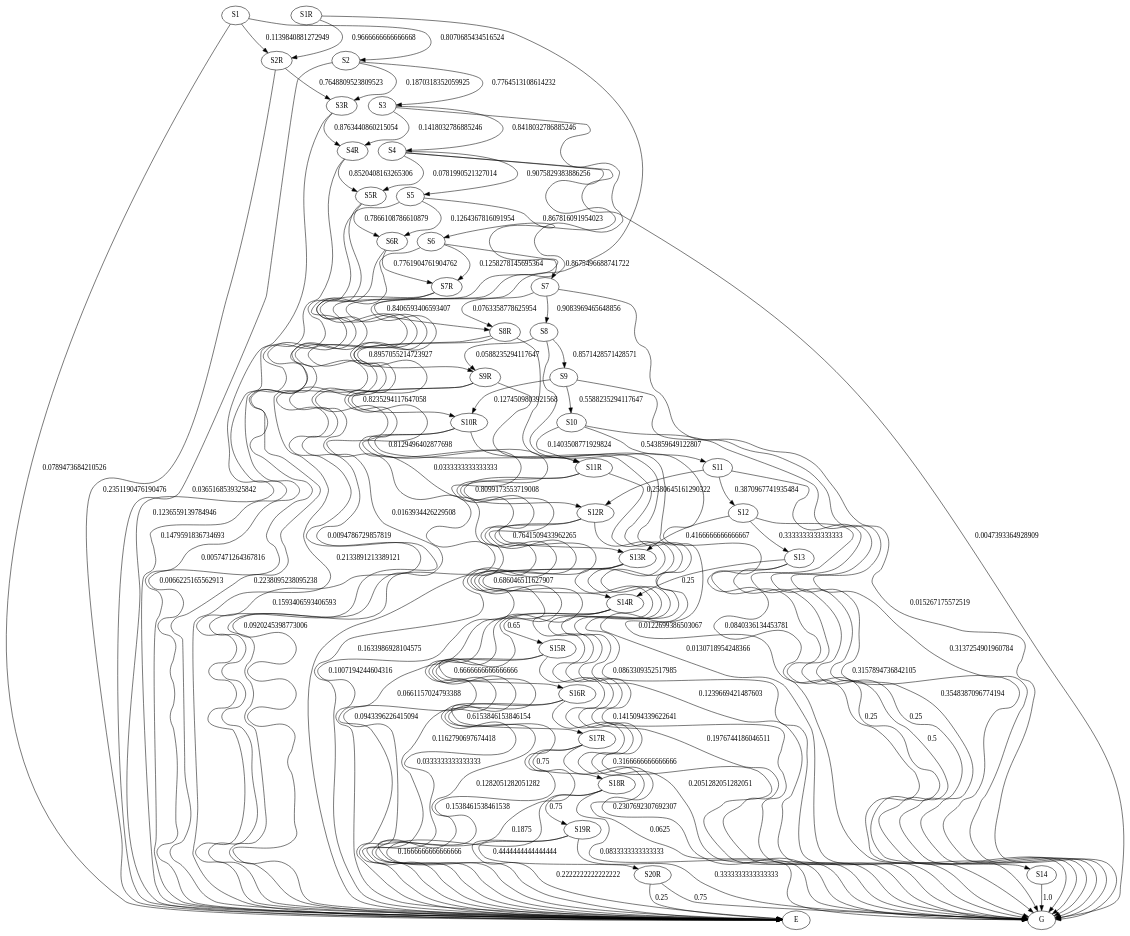
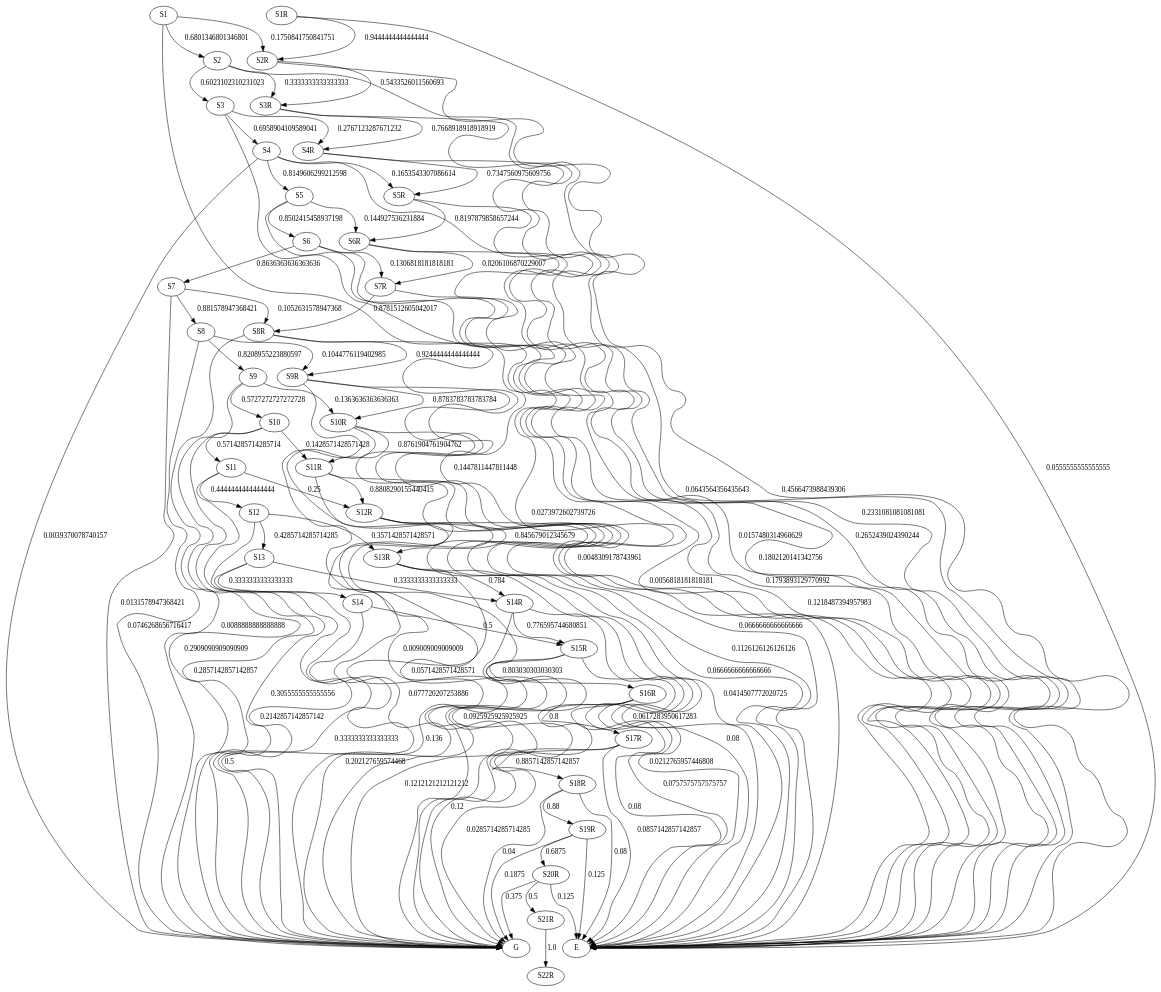
One commit to JulianaFerreira/educacao changed the diagram in graph/markov.dot. Above: the diagram before and after it, drawn with Graphviz. The commit also changed 4 other files, not shown here.

```diff
--- a/graph/markov.dot
+++ b/graph/markov.dot
@@ -33,99 +33,104 @@
 S18R;
 S19R;
 S20R;
+S21R;
+S22R;
 E;
 G;
-S1 -> S2  [key=0, label="0.8070685434516524", weight="0.8070685434516524"];
-S1 -> S2R  [key=0, label="0.1139840881272949", weight="0.1139840881272949"];
-S1 -> E  [key=0, label="0.0789473684210526", weight="0.0789473684210526"];
-S2 -> S3  [key=0, label="0.7764513108614232", weight="0.7764513108614232"];
-S2 -> S3R  [key=0, label="0.1870318352059925", weight="0.1870318352059925"];
-S2 -> E  [key=0, label="0.0365168539325842", weight="0.0365168539325842"];
-S3 -> S4  [key=0, label="0.8418032786885246", weight="0.8418032786885246"];
-S3 -> S4R  [key=0, label="0.1418032786885246", weight="0.1418032786885246"];
-S3 -> E  [key=0, label="0.0163934426229508", weight="0.0163934426229508"];
-S4 -> S5  [key=0, label="0.9075829383886256", weight="0.9075829383886256"];
-S4 -> S5R  [key=0, label="0.0781990521327014", weight="0.0781990521327014"];
-S4 -> E  [key=0, label="0.0094786729857819", weight="0.0094786729857819"];
-S4 -> G  [key=0, label="0.0047393364928909", weight="0.0047393364928909"];
-S5 -> S6  [key=0, label="0.867816091954023", weight="0.867816091954023"];
-S5 -> S6R  [key=0, label="0.1264367816091954", weight="0.1264367816091954"];
-S5 -> E  [key=0, label="0.0057471264367816", weight="0.0057471264367816"];
-S6 -> S7  [key=0, label="0.8675496688741722", weight="0.8675496688741722"];
-S6 -> S7R  [key=0, label="0.1258278145695364", weight="0.1258278145695364"];
-S6 -> E  [key=0, label="0.0066225165562913", weight="0.0066225165562913"];
-S7 -> S8  [key=0, label="0.9083969465648856", weight="0.9083969465648856"];
-S7 -> S8R  [key=0, label="0.0763358778625954", weight="0.0763358778625954"];
-S7 -> G  [key=0, label="0.015267175572519", weight="0.015267175572519"];
-S8 -> S9  [key=0, label="0.8571428571428571", weight="0.8571428571428571"];
-S8 -> S9R  [key=0, label="0.0588235294117647", weight="0.0588235294117647"];
-S8 -> G  [key=0, label="0.0840336134453781", weight="0.0840336134453781"];
-S9 -> S10  [key=0, label="0.5588235294117647", weight="0.5588235294117647"];
-S9 -> S10R  [key=0, label="0.1274509803921568", weight="0.1274509803921568"];
-S9 -> G  [key=0, label="0.3137254901960784", weight="0.3137254901960784"];
-S10 -> S11  [key=0, label="0.543859649122807", weight="0.543859649122807"];
-S10 -> S11R  [key=0, label="0.1403508771929824", weight="0.1403508771929824"];
-S10 -> G  [key=0, label="0.3157894736842105", weight="0.3157894736842105"];
-S11 -> S12  [key=0, label="0.3870967741935484", weight="0.3870967741935484"];
-S11 -> S12R  [key=0, label="0.2580645161290322", weight="0.2580645161290322"];
-S11 -> G  [key=0, label="0.3548387096774194", weight="0.3548387096774194"];
-S12 -> S13  [key=0, label="0.3333333333333333", weight="0.3333333333333333"];
-S12 -> S13R  [key=0, label="0.4166666666666667", weight="0.4166666666666667"];
-S12 -> G  [key=0, label="0.25", weight="0.25"];
-S13 -> S14  [key=0, label="0.25", weight="0.25"];
-S13 -> S14R  [key=0, label="0.25", weight="0.25"];
-S13 -> G  [key=0, label="0.5", weight="0.5"];
-S14 -> G  [key=0, label="1.0", weight="1.0"];
-S2R -> S3R  [key=0, label="0.7648809523809523", weight="0.7648809523809523"];
-S2R -> E  [key=0, label="0.2351190476190476", weight="0.2351190476190476"];
-S1R -> S2R  [key=0, label="0.9666666666666668", weight="0.9666666666666668"];
-S1R -> E  [key=0, label="0.0333333333333333", weight="0.0333333333333333"];
-S3R -> S4R  [key=0, label="0.8763440860215054", weight="0.8763440860215054"];
-S3R -> E  [key=0, label="0.1236559139784946", weight="0.1236559139784946"];
-S4R -> S5R  [key=0, label="0.8520408163265306", weight="0.8520408163265306"];
-S4R -> E  [key=0, label="0.1479591836734693", weight="0.1479591836734693"];
-S5R -> S6R  [key=0, label="0.7866108786610879", weight="0.7866108786610879"];
-S5R -> E  [key=0, label="0.2133891213389121", weight="0.2133891213389121"];
-S6R -> S7R  [key=0, label="0.7761904761904762", weight="0.7761904761904762"];
-S6R -> E  [key=0, label="0.2238095238095238", weight="0.2238095238095238"];
-S7R -> S8R  [key=0, label="0.8406593406593407", weight="0.8406593406593407"];
-S7R -> E  [key=0, label="0.1593406593406593", weight="0.1593406593406593"];
-S8R -> S9R  [key=0, label="0.8957055214723927", weight="0.8957055214723927"];
-S8R -> E  [key=0, label="0.0920245398773006", weight="0.0920245398773006"];
-S8R -> G  [key=0, label="0.0122699386503067", weight="0.0122699386503067"];
-S9R -> S10R  [key=0, label="0.8235294117647058", weight="0.8235294117647058"];
-S9R -> E  [key=0, label="0.1633986928104575", weight="0.1633986928104575"];
-S9R -> G  [key=0, label="0.0130718954248366", weight="0.0130718954248366"];
-S10R -> S11R  [key=0, label="0.8129496402877698", weight="0.8129496402877698"];
-S10R -> E  [key=0, label="0.1007194244604316", weight="0.1007194244604316"];
-S10R -> G  [key=0, label="0.0863309352517985", weight="0.0863309352517985"];
-S11R -> S12R  [key=0, label="0.8099173553719008", weight="0.8099173553719008"];
-S11R -> E  [key=0, label="0.0661157024793388", weight="0.0661157024793388"];
-S11R -> G  [key=0, label="0.1239669421487603", weight="0.1239669421487603"];
-S12R -> S13R  [key=0, label="0.7641509433962265", weight="0.7641509433962265"];
-S12R -> E  [key=0, label="0.0943396226415094", weight="0.0943396226415094"];
-S12R -> G  [key=0, label="0.1415094339622641", weight="0.1415094339622641"];
-S13R -> S14R  [key=0, label="0.686046511627907", weight="0.686046511627907"];
-S13R -> E  [key=0, label="0.1162790697674418", weight="0.1162790697674418"];
-S13R -> G  [key=0, label="0.1976744186046511", weight="0.1976744186046511"];
-S14R -> S15R  [key=0, label="0.65", weight="0.65"];
-S14R -> E  [key=0, label="0.0333333333333333", weight="0.0333333333333333"];
-S14R -> G  [key=0, label="0.3166666666666666", weight="0.3166666666666666"];
-S15R -> S16R  [key=0, label="0.6666666666666666", weight="0.6666666666666666"];
-S15R -> E  [key=0, label="0.1282051282051282", weight="0.1282051282051282"];
-S15R -> G  [key=0, label="0.2051282051282051", weight="0.2051282051282051"];
-S16R -> S17R  [key=0, label="0.6153846153846154", weight="0.6153846153846154"];
-S16R -> E  [key=0, label="0.1538461538461538", weight="0.1538461538461538"];
-S16R -> G  [key=0, label="0.2307692307692307", weight="0.2307692307692307"];
-S17R -> S18R  [key=0, label="0.75", weight="0.75"];
-S17R -> E  [key=0, label="0.1875", weight="0.1875"];
-S17R -> G  [key=0, label="0.0625", weight="0.0625"];
-S18R -> S19R  [key=0, label="0.75", weight="0.75"];
-S18R -> E  [key=0, label="0.1666666666666666", weight="0.1666666666666666"];
-S18R -> G  [key=0, label="0.0833333333333333", weight="0.0833333333333333"];
-S19R -> S20R  [key=0, label="0.4444444444444444", weight="0.4444444444444444"];
-S19R -> E  [key=0, label="0.2222222222222222", weight="0.2222222222222222"];
-S19R -> G  [key=0, label="0.3333333333333333", weight="0.3333333333333333"];
-S20R -> E  [key=0, label="0.25", weight="0.25"];
-S20R -> G  [key=0, label="0.75", weight="0.75"];
+S1 -> S2  [key=0, label="0.6801346801346801", weight="0.6801346801346801"];
+S1 -> S2R  [key=0, label="0.1750841750841751", weight="0.1750841750841751"];
+S1 -> E  [key=0, label="0.1447811447811448", weight="0.1447811447811448"];
+S2 -> S3  [key=0, label="0.6023102310231023", weight="0.6023102310231023"];
+S2 -> S3R  [key=0, label="0.3333333333333333", weight="0.3333333333333333"];
+S2 -> E  [key=0, label="0.0643564356435643", weight="0.0643564356435643"];
+S3 -> S4  [key=0, label="0.6958904109589041", weight="0.6958904109589041"];
+S3 -> S4R  [key=0, label="0.2767123287671232", weight="0.2767123287671232"];
+S3 -> E  [key=0, label="0.0273972602739726", weight="0.0273972602739726"];
+S4 -> S5  [key=0, label="0.8149606299212598", weight="0.8149606299212598"];
+S4 -> S5R  [key=0, label="0.1653543307086614", weight="0.1653543307086614"];
+S4 -> E  [key=0, label="0.0157480314960629", weight="0.0157480314960629"];
+S4 -> G  [key=0, label="0.0039370078740157", weight="0.0039370078740157"];
+S5 -> S6  [key=0, label="0.8502415458937198", weight="0.8502415458937198"];
+S5 -> S6R  [key=0, label="0.144927536231884", weight="0.144927536231884"];
+S5 -> E  [key=0, label="0.0048309178743961", weight="0.0048309178743961"];
+S6 -> S7  [key=0, label="0.8636363636363636", weight="0.8636363636363636"];
+S6 -> S7R  [key=0, label="0.1306818181818181", weight="0.1306818181818181"];
+S6 -> E  [key=0, label="0.0056818181818181", weight="0.0056818181818181"];
+S7 -> S8  [key=0, label="0.881578947368421", weight="0.881578947368421"];
+S7 -> S8R  [key=0, label="0.1052631578947368", weight="0.1052631578947368"];
+S7 -> G  [key=0, label="0.0131578947368421", weight="0.0131578947368421"];
+S8 -> S9  [key=0, label="0.8208955223880597", weight="0.8208955223880597"];
+S8 -> S9R  [key=0, label="0.1044776119402985", weight="0.1044776119402985"];
+S8 -> G  [key=0, label="0.0746268656716417", weight="0.0746268656716417"];
+S9 -> S10  [key=0, label="0.5727272727272728", weight="0.5727272727272728"];
+S9 -> S10R  [key=0, label="0.1363636363636363", weight="0.1363636363636363"];
+S9 -> G  [key=0, label="0.2909090909090909", weight="0.2909090909090909"];
+S10 -> S11  [key=0, label="0.5714285714285714", weight="0.5714285714285714"];
+S10 -> S11R  [key=0, label="0.1428571428571428", weight="0.1428571428571428"];
+S10 -> G  [key=0, label="0.2857142857142857", weight="0.2857142857142857"];
+S11 -> S12  [key=0, label="0.4444444444444444", weight="0.4444444444444444"];
+S11 -> S12R  [key=0, label="0.25", weight="0.25"];
+S11 -> G  [key=0, label="0.3055555555555556", weight="0.3055555555555556"];
+S12 -> S13  [key=0, label="0.4285714285714285", weight="0.4285714285714285"];
+S12 -> S13R  [key=0, label="0.3571428571428571", weight="0.3571428571428571"];
+S12 -> G  [key=0, label="0.2142857142857142", weight="0.2142857142857142"];
+S13 -> S14  [key=0, label="0.3333333333333333", weight="0.3333333333333333"];
+S13 -> S14R  [key=0, label="0.3333333333333333", weight="0.3333333333333333"];
+S13 -> G  [key=0, label="0.3333333333333333", weight="0.3333333333333333"];
+S14 -> S15R  [key=0, label="0.5", weight="0.5"];
+S14 -> G  [key=0, label="0.5", weight="0.5"];
+S2R -> S3R  [key=0, label="0.5433526011560693", weight="0.5433526011560693"];
+S2R -> E  [key=0, label="0.4566473988439306", weight="0.4566473988439306"];
+S1R -> S2R  [key=0, label="0.9444444444444444", weight="0.9444444444444444"];
+S1R -> E  [key=0, label="0.0555555555555555", weight="0.0555555555555555"];
+S3R -> S4R  [key=0, label="0.7668918918918919", weight="0.7668918918918919"];
+S3R -> E  [key=0, label="0.2331081081081081", weight="0.2331081081081081"];
+S4R -> S5R  [key=0, label="0.7347560975609756", weight="0.7347560975609756"];
+S4R -> E  [key=0, label="0.2652439024390244", weight="0.2652439024390244"];
+S5R -> S6R  [key=0, label="0.8197879858657244", weight="0.8197879858657244"];
+S5R -> E  [key=0, label="0.1802120141342756", weight="0.1802120141342756"];
+S6R -> S7R  [key=0, label="0.8206106870229007", weight="0.8206106870229007"];
+S6R -> E  [key=0, label="0.1793893129770992", weight="0.1793893129770992"];
+S7R -> S8R  [key=0, label="0.8781512605042017", weight="0.8781512605042017"];
+S7R -> E  [key=0, label="0.1218487394957983", weight="0.1218487394957983"];
+S8R -> S9R  [key=0, label="0.9244444444444444", weight="0.9244444444444444"];
+S8R -> E  [key=0, label="0.0666666666666666", weight="0.0666666666666666"];
+S8R -> G  [key=0, label="0.0088888888888888", weight="0.0088888888888888"];
+S9R -> S10R  [key=0, label="0.8783783783783784", weight="0.8783783783783784"];
+S9R -> E  [key=0, label="0.1126126126126126", weight="0.1126126126126126"];
+S9R -> G  [key=0, label="0.009009009009009", weight="0.009009009009009"];
+S10R -> S11R  [key=0, label="0.8761904761904762", weight="0.8761904761904762"];
+S10R -> E  [key=0, label="0.0666666666666666", weight="0.0666666666666666"];
+S10R -> G  [key=0, label="0.0571428571428571", weight="0.0571428571428571"];
+S11R -> S12R  [key=0, label="0.8808290155440415", weight="0.8808290155440415"];
+S11R -> E  [key=0, label="0.0414507772020725", weight="0.0414507772020725"];
+S11R -> G  [key=0, label="0.077720207253886", weight="0.077720207253886"];
+S12R -> S13R  [key=0, label="0.845679012345679", weight="0.845679012345679"];
+S12R -> E  [key=0, label="0.0617283950617283", weight="0.0617283950617283"];
+S12R -> G  [key=0, label="0.0925925925925925", weight="0.0925925925925925"];
+S13R -> S14R  [key=0, label="0.784", weight="0.784"];
+S13R -> E  [key=0, label="0.08", weight="0.08"];
+S13R -> G  [key=0, label="0.136", weight="0.136"];
+S14R -> S15R  [key=0, label="0.776595744680851", weight="0.776595744680851"];
+S14R -> E  [key=0, label="0.0212765957446808", weight="0.0212765957446808"];
+S14R -> G  [key=0, label="0.202127659574468", weight="0.202127659574468"];
+S15R -> S16R  [key=0, label="0.803030303030303", weight="0.803030303030303"];
+S15R -> E  [key=0, label="0.0757575757575757", weight="0.0757575757575757"];
+S15R -> G  [key=0, label="0.1212121212121212", weight="0.1212121212121212"];
+S16R -> S17R  [key=0, label="0.8", weight="0.8"];
+S16R -> E  [key=0, label="0.08", weight="0.08"];
+S16R -> G  [key=0, label="0.12", weight="0.12"];
+S17R -> S18R  [key=0, label="0.8857142857142857", weight="0.8857142857142857"];
+S17R -> E  [key=0, label="0.0857142857142857", weight="0.0857142857142857"];
+S17R -> G  [key=0, label="0.0285714285714285", weight="0.0285714285714285"];
+S18R -> S19R  [key=0, label="0.88", weight="0.88"];
+S18R -> E  [key=0, label="0.08", weight="0.08"];
+S18R -> G  [key=0, label="0.04", weight="0.04"];
+S19R -> S20R  [key=0, label="0.6875", weight="0.6875"];
+S19R -> E  [key=0, label="0.125", weight="0.125"];
+S19R -> G  [key=0, label="0.1875", weight="0.1875"];
+S20R -> S21R  [key=0, label="0.5", weight="0.5"];
+S20R -> E  [key=0, label="0.125", weight="0.125"];
+S20R -> G  [key=0, label="0.375", weight="0.375"];
+S21R -> S22R  [key=0, label="1.0", weight="1.0"];
 }
```
